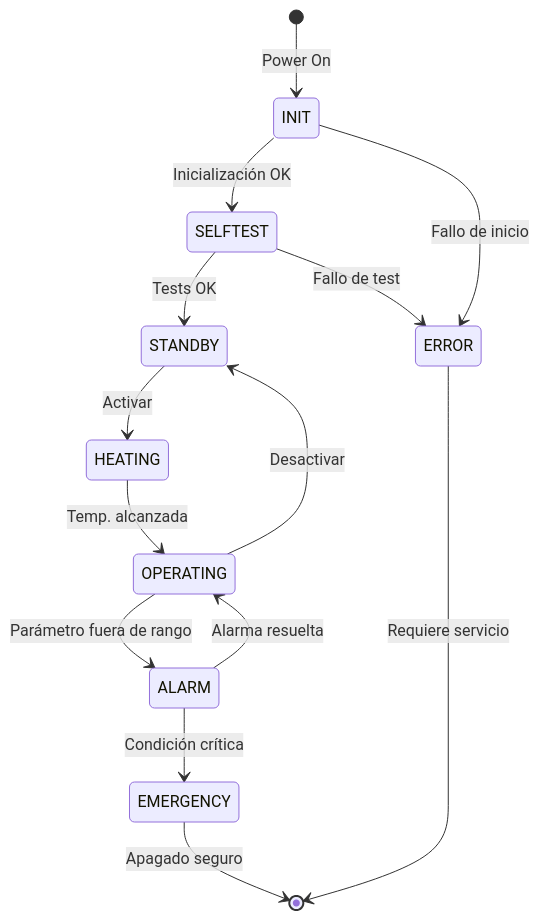
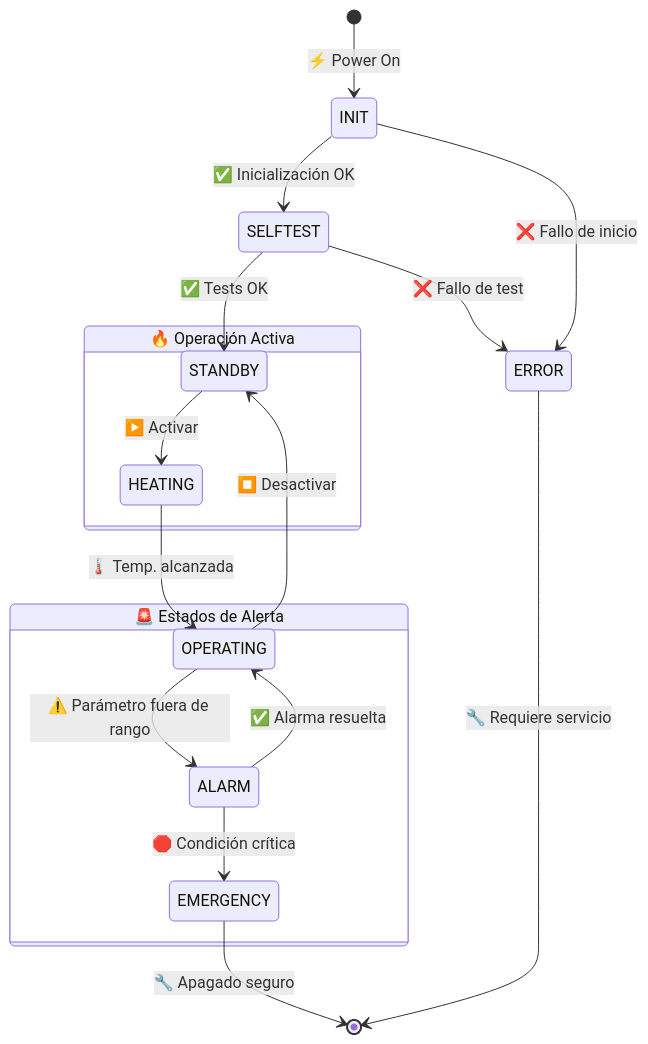
The third of 3 diagrams in docs/docs/architecture/overview.md (medicalopenworld/IncuNest-Docs), drawn with Mermaid before and after one commit. The commit also changed other lines of this file and 11 other files, not shown here.

Commit message:
Update Spanish documentation diagrams to beautiful mermaid style

````diff
--- a/docs/docs/architecture/overview.md
+++ b/docs/docs/architecture/overview.md
@@ -173,21 +202,24 @@
 ```mermaid
 stateDiagram-v2
-    [*] --> INIT: Power On
-    INIT --> SELFTEST: Inicialización OK
-    INIT --> ERROR: Fallo de inicio
+    [*] --> INIT: ⚡ Power On
+    INIT --> SELFTEST: ✅ Inicialización OK
+    INIT --> ERROR: ❌ Fallo de inicio
     
-    SELFTEST --> STANDBY: Tests OK
-    SELFTEST --> ERROR: Fallo de test
+    SELFTEST --> STANDBY: ✅ Tests OK
+    SELFTEST --> ERROR: ❌ Fallo de test
     
-    STANDBY --> HEATING: Activar
-    HEATING --> OPERATING: Temp. alcanzada
+    state "🔥 Operación Activa" as active {
+        STANDBY --> HEATING: ▶️ Activar
+        HEATING --> OPERATING: 🌡️ Temp. alcanzada
+        OPERATING --> STANDBY: ⏹️ Desactivar
+    }
     
-    OPERATING --> STANDBY: Desactivar
-    OPERATING --> ALARM: Parámetro fuera de rango
+    state "🚨 Estados de Alerta" as alert {
+        OPERATING --> ALARM: ⚠️ Parámetro fuera de rango
+        ALARM --> OPERATING: ✅ Alarma resuelta
+        ALARM --> EMERGENCY: 🛑 Condición crítica
+    }
     
-    ALARM --> OPERATING: Alarma resuelta
-    ALARM --> EMERGENCY: Condición crítica
-    
-    EMERGENCY --> [*]: Apagado seguro
-    ERROR --> [*]: Requiere servicio
+    EMERGENCY --> [*]: 🔧 Apagado seguro
+    ERROR --> [*]: 🔧 Requiere servicio
 ```
````
